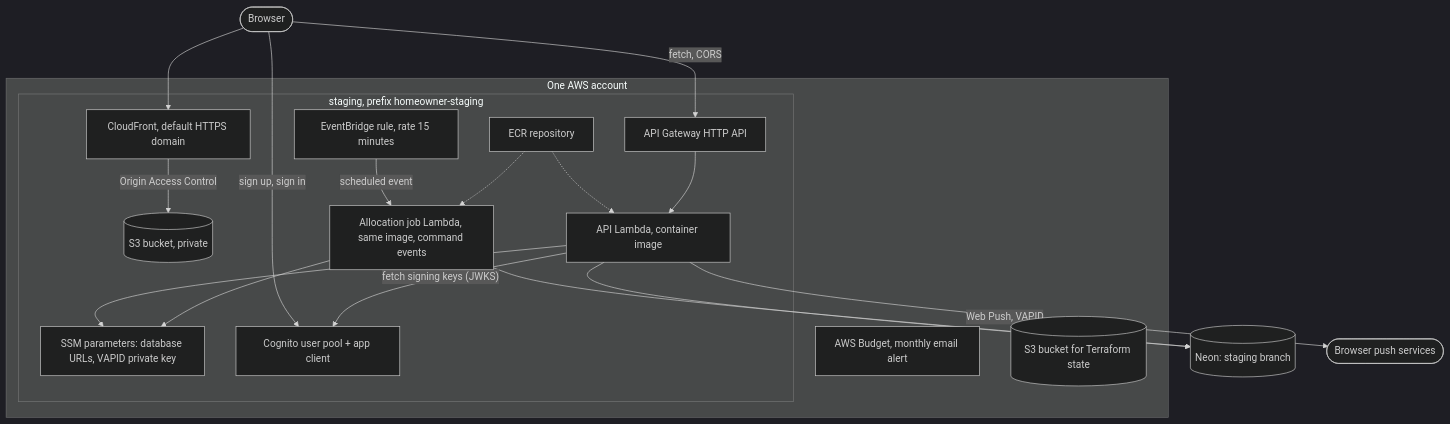
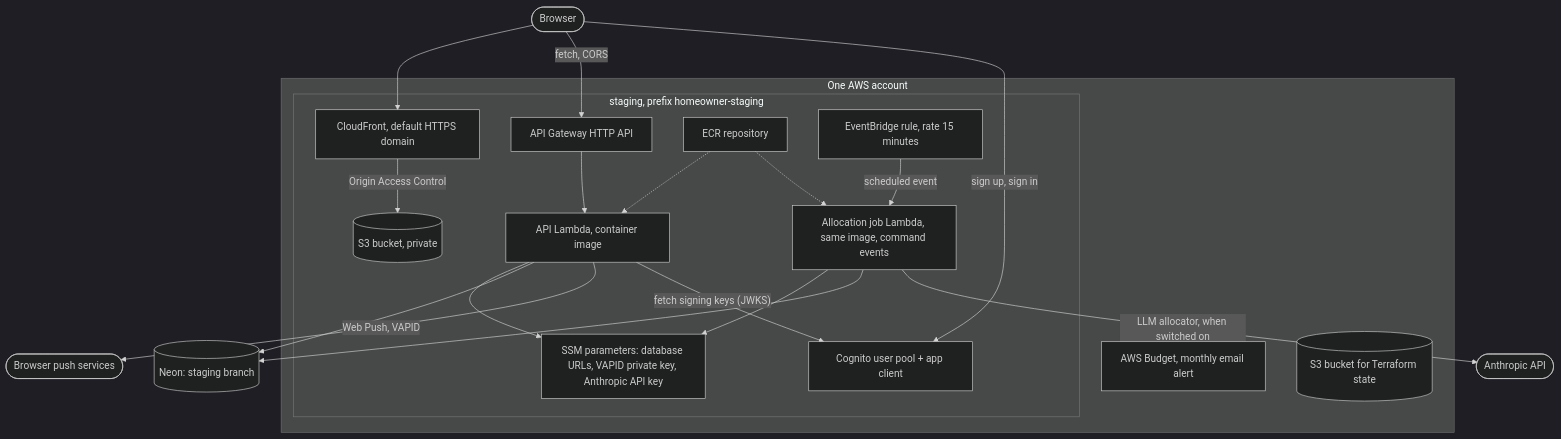
The first of 3 diagrams in docs/architecture/infrastructure.md (AbnerWillclefy/Homeowner), drawn with Mermaid (dark theme) before and after one commit. The commit also changed other lines of this file and 4 other files, not shown here.

Commit message:
docs(architecture): describe the llm allocator, its cap and its switch (#26)

````diff
--- a/docs/architecture/infrastructure.md
+++ b/docs/architecture/infrastructure.md
@@ -15,34 +15,35 @@
 ```mermaid
 flowchart TB
     user(["Browser"])
     subgraph aws["One AWS account"]
       subgraph stg["staging, prefix homeowner-staging"]
         cf["CloudFront, default HTTPS domain"]
         s3[("S3 bucket, private")]
         apigw["API Gateway HTTP API"]
         fn["API Lambda, container image"]
         ecr["ECR repository"]
-        ssm["SSM parameters: database URLs, VAPID private key"]
+        ssm["SSM parameters: database URLs, VAPID private key, Anthropic API key"]
         eb["EventBridge rule, rate 15 minutes"]
         alloc["Allocation job Lambda, same image, command events"]
         cog["Cognito user pool + app client"]
       end
       bud["AWS Budget, monthly email alert"]
       tf[("S3 bucket for Terraform state")]
     end
     neon[("Neon: staging branch")]
     user --> cf
     cf -- "Origin Access Control" --> s3
     user -- "fetch, CORS" --> apigw
     apigw --> fn
     ecr -.-> fn
     ecr -.-> alloc
     eb -- "scheduled event" --> alloc
     alloc --> ssm
     alloc --> neon
+    alloc -- "LLM allocator, when switched on" --> anthropic(["Anthropic API"])
     fn --> ssm
     fn --> neon
     fn -- "Web Push, VAPID" --> push(["Browser push services"])
     fn -- "fetch signing keys (JWKS)" --> cog
     user -- "sign up, sign in" --> cog
 ```
````
